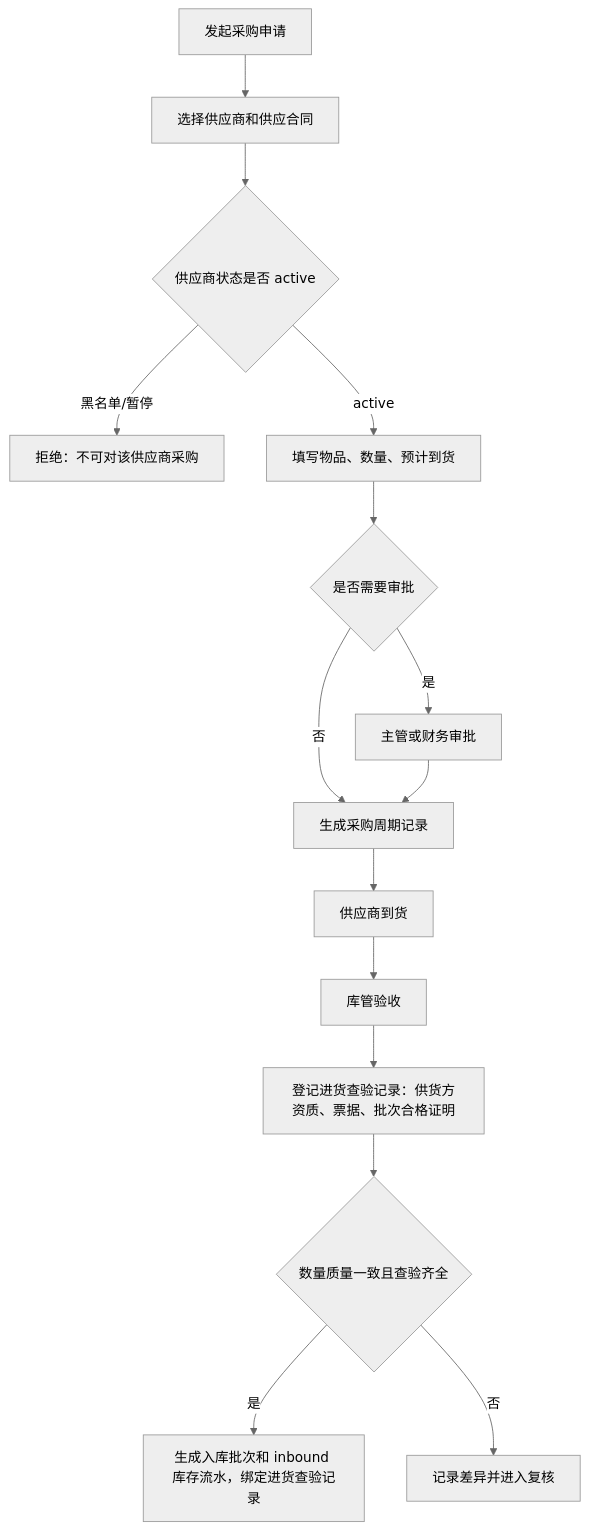
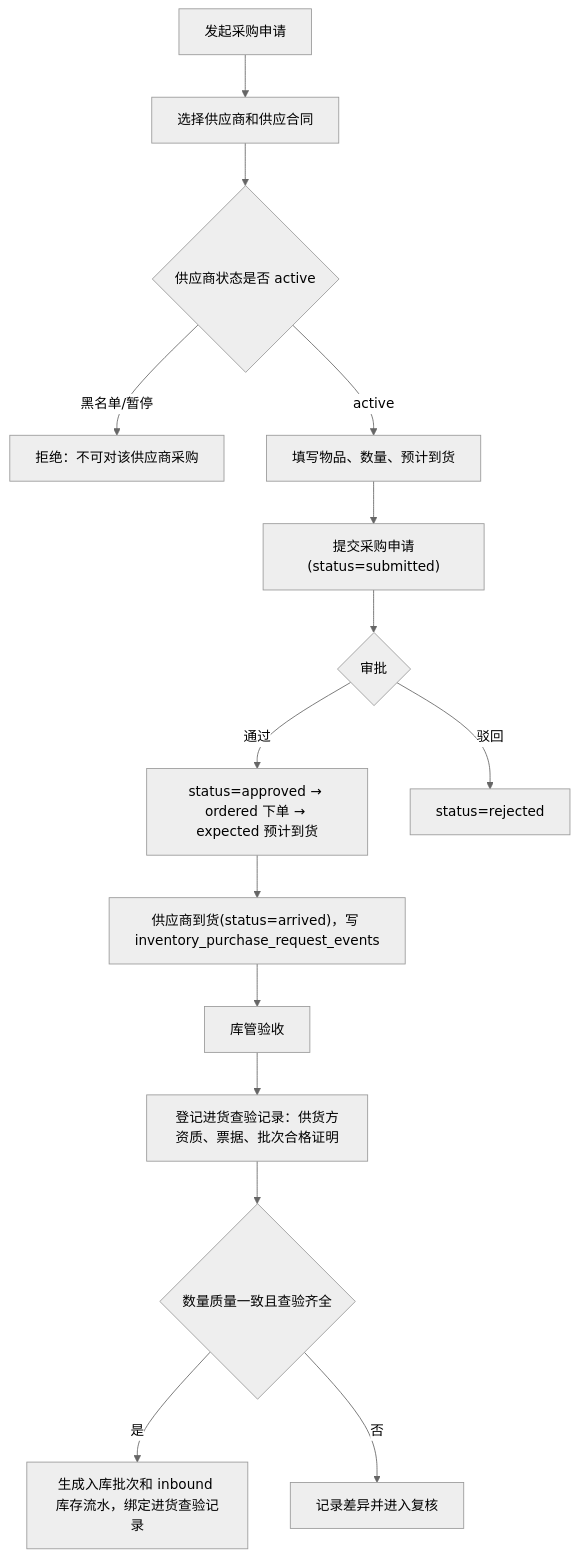
Before and after one commit to jxh1979/mall: the second of 5 diagrams in docs/supply-chain-inventory-development-design-v0.1.md, drawn with Mermaid (neutral theme). The commit also changed other lines of this file and 781 other files, not shown here.

````diff
--- a/docs/supply-chain-inventory-development-design-v0.1.md
+++ b/docs/supply-chain-inventory-development-design-v0.1.md
@@ -198,17 +215,17 @@
 ```mermaid
 flowchart TD
   A["发起采购申请"] --> B["选择供应商和供应合同"]
   B --> B1{"供应商状态是否 active"}
   B1 -- 黑名单/暂停 --> B2["拒绝：不可对该供应商采购"]
   B1 -- active --> C["填写物品、数量、预计到货"]
-  C --> D{"是否需要审批"}
-  D -- 是 --> E["主管或财务审批"]
-  D -- 否 --> F["生成采购周期记录"]
-  E --> F
-  F --> G["供应商到货"]
+  C --> C0["提交采购申请(status=submitted)"]
+  C0 --> D{"审批"}
+  D -- 通过 --> F["status=approved → ordered 下单 → expected 预计到货"]
+  D -- 驳回 --> DR["status=rejected"]
+  F --> G["供应商到货(status=arrived)，写 inventory_purchase_request_events"]
   G --> H["库管验收"]
   H --> H1["登记进货查验记录：供货方资质、票据、批次合格证明"]
   H1 --> I{"数量质量一致且查验齐全"}
   I -- 是 --> J["生成入库批次和 inbound 库存流水，绑定进货查验记录"]
   I -- 否 --> K["记录差异并进入复核"]
 ```
````
